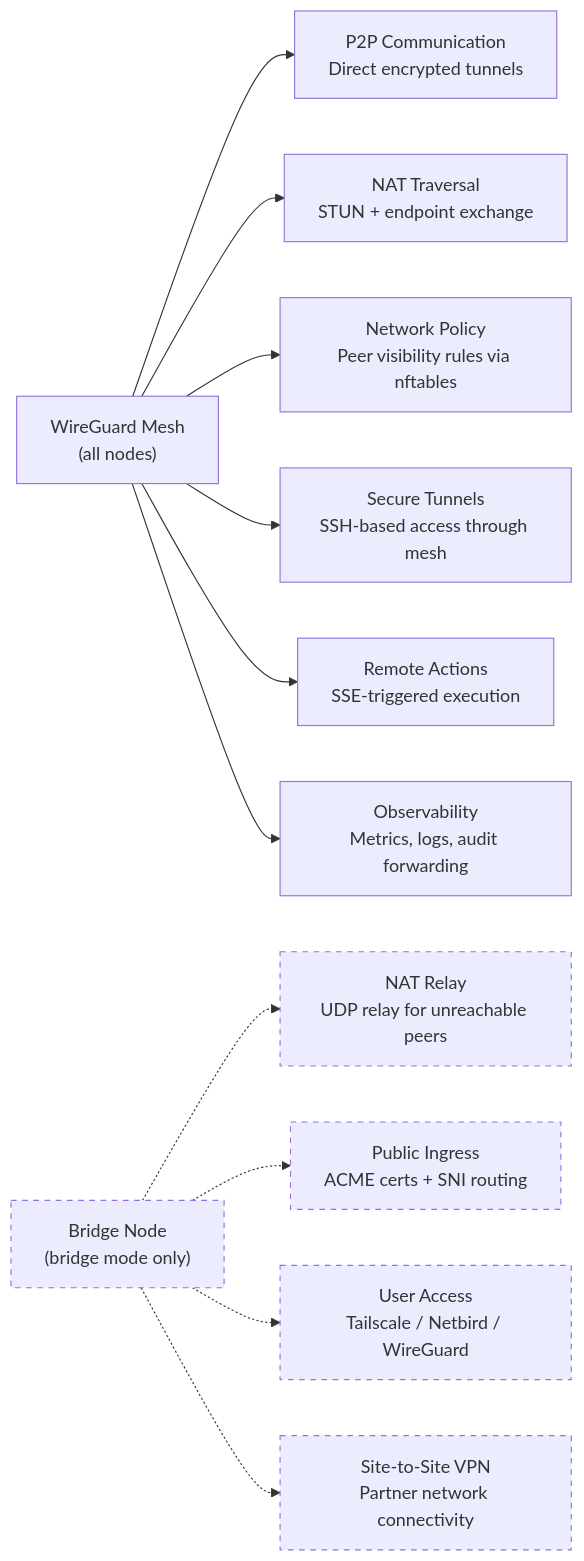
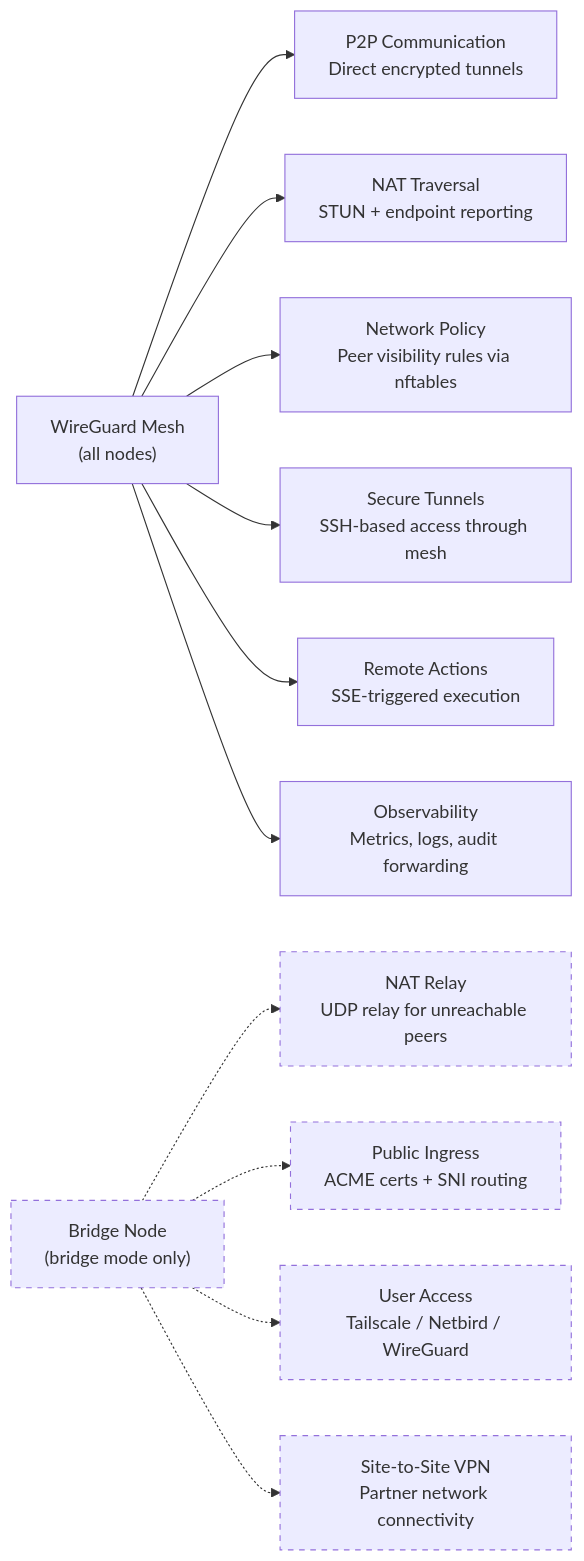
Before and after one commit to plexsphere/plexd: the fourth of 4 diagrams in docs/guide/platform-communication.md, drawn with Mermaid. The commit also changed other lines of this file and 9 other files, not shown here.

````diff
--- a/docs/guide/platform-communication.md
+++ b/docs/guide/platform-communication.md
@@ -168,24 +168,24 @@
 ```mermaid
 flowchart LR
     MESH["WireGuard Mesh<br/>(all nodes)"]
 
     MESH --> C1["P2P Communication<br/>Direct encrypted tunnels"]
-    MESH --> C2["NAT Traversal<br/>STUN + endpoint exchange"]
+    MESH --> C2["NAT Traversal<br/>STUN + endpoint reporting"]
     MESH --> C3["Network Policy<br/>Peer visibility rules via nftables"]
     MESH --> C4["Secure Tunnels<br/>SSH-based access through mesh"]
     MESH --> C5["Remote Actions<br/>SSE-triggered execution"]
     MESH --> C6["Observability<br/>Metrics, logs, audit forwarding"]
 
     BR["Bridge Node<br/>(bridge mode only)"]
 
     BR -.-> B1["NAT Relay<br/>UDP relay for unreachable peers"]
     BR -.-> B2["Public Ingress<br/>ACME certs + SNI routing"]
     BR -.-> B3["User Access<br/>Tailscale / Netbird / WireGuard"]
     BR -.-> B4["Site-to-Site VPN<br/>Partner network connectivity"]
 
     style BR stroke-dasharray: 5 5
     style B1 stroke-dasharray: 5 5
     style B2 stroke-dasharray: 5 5
     style B3 stroke-dasharray: 5 5
     style B4 stroke-dasharray: 5 5
 ```
````
